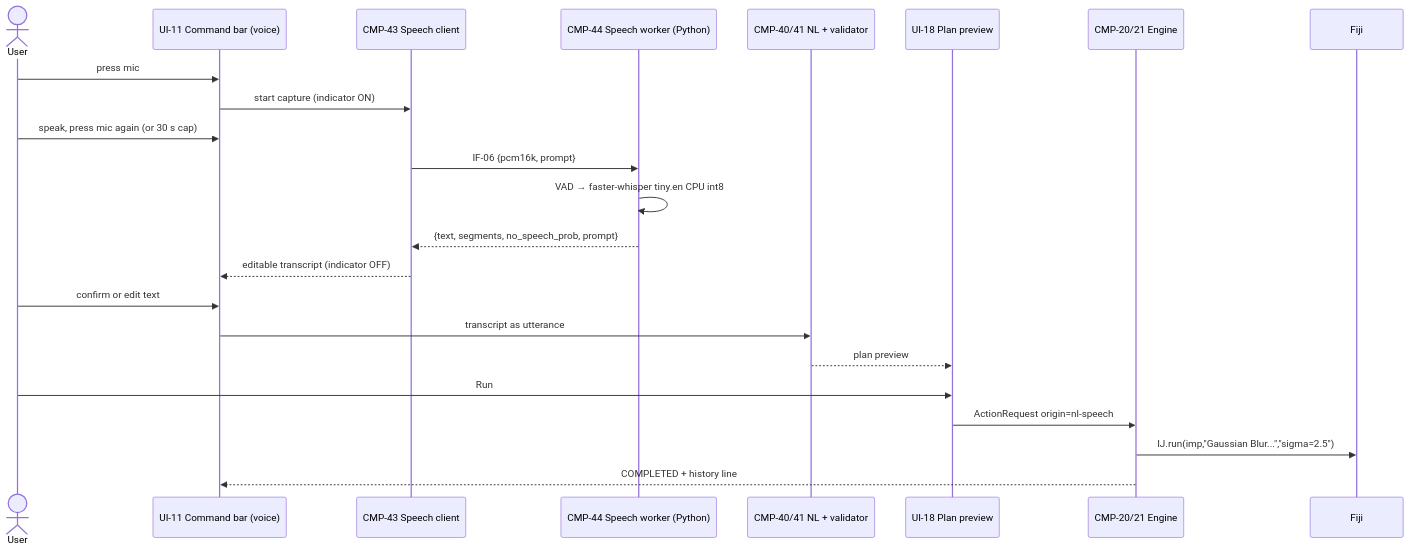
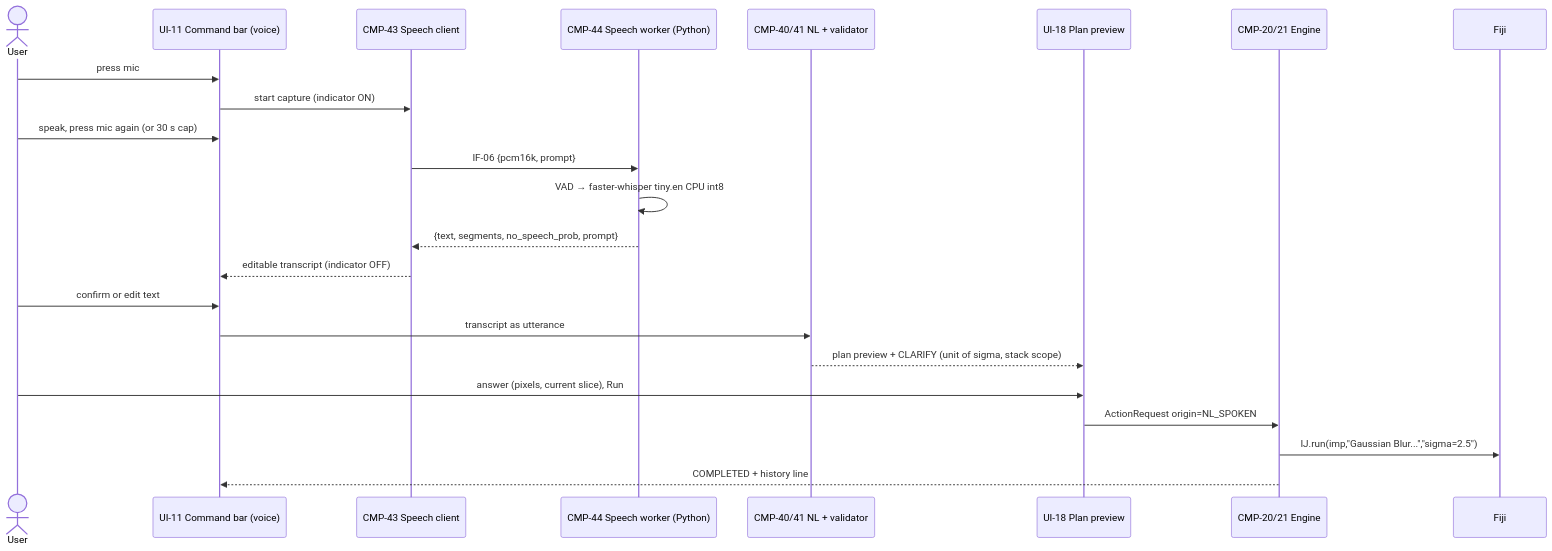
One commit to AyushGupta05/Voice changed the second of 3 diagrams in docs/02-design/04-workflows/D16-end-to-end-user-journeys.md. Above: the diagram before and after it, drawn with Mermaid. The commit also changed other lines of this file and 33 other files, not shown here.

````diff
--- a/docs/02-design/04-workflows/D16-end-to-end-user-journeys.md
+++ b/docs/02-design/04-workflows/D16-end-to-end-user-journeys.md
@@ -369,25 +382,25 @@
 ```mermaid
 sequenceDiagram
   actor U as User
   participant CB as UI-11 Command bar (voice)
   participant SC as CMP-43 Speech client
   participant SW as CMP-44 Speech worker (Python)
   participant NL as CMP-40/41 NL + validator
   participant PS as UI-18 Plan preview
   participant EF as CMP-20/21 Engine
   participant F as Fiji
   U->>CB: press mic
   CB->>SC: start capture (indicator ON)
   U->>CB: speak, press mic again (or 30 s cap)
   SC->>SW: IF-06 {pcm16k, prompt}
   SW->>SW: VAD → faster-whisper tiny.en CPU int8
   SW-->>SC: {text, segments, no_speech_prob, prompt}
   SC-->>CB: editable transcript (indicator OFF)
   U->>CB: confirm or edit text
   CB->>NL: transcript as utterance
-  NL-->>PS: plan preview
-  U->>PS: Run
-  PS->>EF: ActionRequest origin=nl-speech
+  NL-->>PS: plan preview + CLARIFY (unit of sigma, stack scope)
+  U->>PS: answer (pixels, current slice), Run
+  PS->>EF: ActionRequest origin=NL_SPOKEN
   EF->>F: IJ.run(imp,"Gaussian Blur...","sigma=2.5")
   EF-->>CB: COMPLETED + history line
 ```
````
